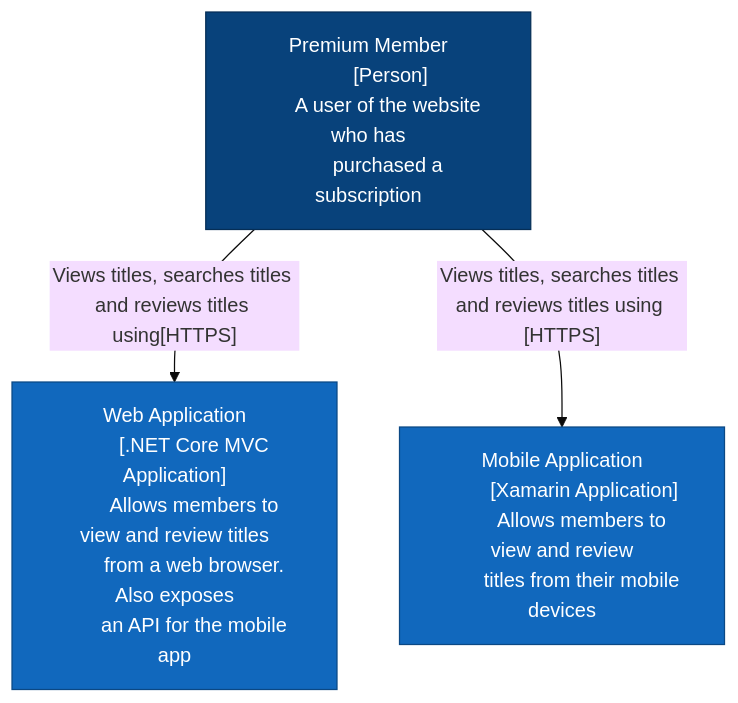
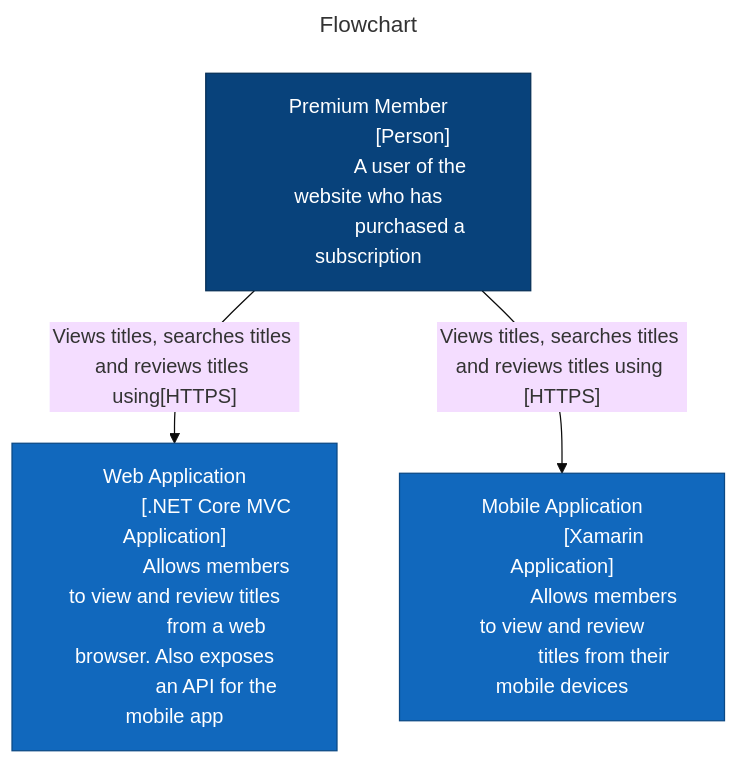
The diagram in Create C4 Model.md (Dhanyalakshmi6362/Obsidian-related-docs), drawn with Mermaid (base theme) before and after one commit.

Commit message:
obsidian5

````diff
--- a/Create C4 Model.md
+++ b/Create C4 Model.md
@@ -138,29 +138,33 @@
 ```mermaid
-	flowchart TD
+---
+title: Flowchart
+---
+
+flowchart TD
 		User["Premium Member
 		[Person]
 		A user of the website who has
 		purchased a subscription"]
 		
 		WA["Web Application
 		[.NET Core MVC Application]
 		Allows members to view and review titles
 		from a web browser. Also exposes
 		an API for the mobile app"]
 		
 		MA["Mobile Application
 		[Xamarin Application]
 		Allows members to view and review
 		titles from their mobile devices"]
 		
 		User-- "Views titles, searches titles and reviews titles using[HTTPS]" -->WA
 		
 		User-- "Views titles, searches titles and reviews titles using [HTTPS]" -->MA
 		
 		classDef container fill:#1168bd,stroke:#0b4884,color:#ffffff
 		classDef person fill:#08427b,stroke:#052e56,color:#ffffff
 		
 		class User person
 		class WA,MA container
 	
 ```
````
